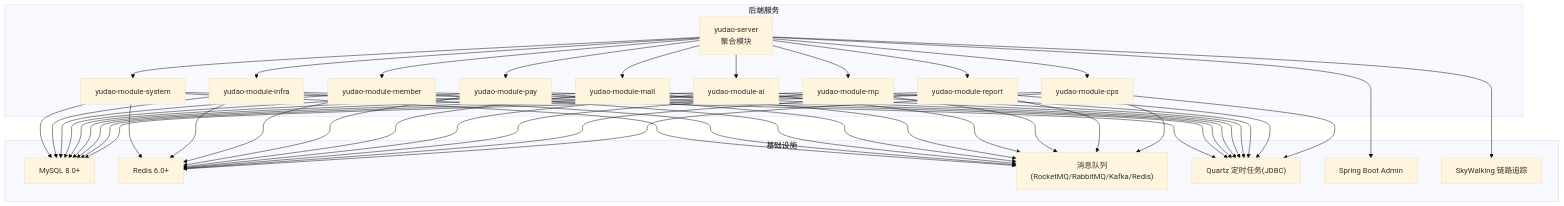
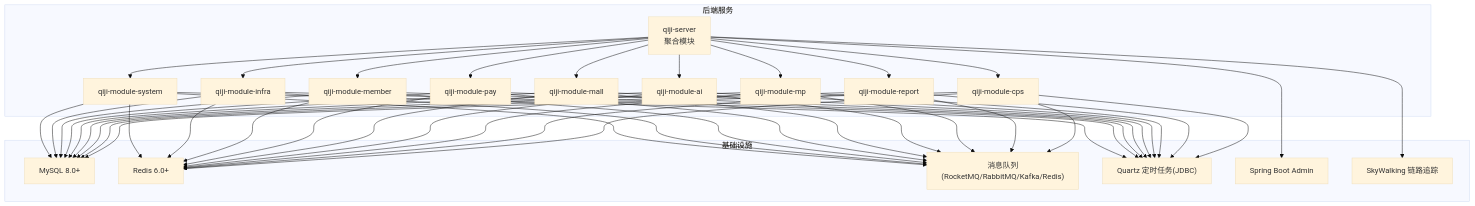
Before and after one commit to zhuangpengLI/AgenticCPS: the second of 3 diagrams in backend/.qoder/repowiki/zh/content/开发指南/开发环境搭建.md, drawn with Mermaid (base theme). The commit also changed other lines of this file and 3489 other files, not shown here.

````diff
--- a/backend/.qoder/repowiki/zh/content/开发指南/开发环境搭建.md
+++ b/backend/.qoder/repowiki/zh/content/开发指南/开发环境搭建.md
@@ -78,70 +78,70 @@
 ```mermaid
 graph TB
 subgraph "后端服务"
-S["yudao-server<br/>聚合模块"]
-M1["yudao-module-system"]
-M2["yudao-module-infra"]
-M3["yudao-module-member"]
-M4["yudao-module-pay"]
-M5["yudao-module-mall"]
-M6["yudao-module-ai"]
-M7["yudao-module-mp"]
-M8["yudao-module-report"]
-M9["yudao-module-cps"]
+S["qiji-server<br/>聚合模块"]
+M1["qiji-module-system"]
+M2["qiji-module-infra"]
+M3["qiji-module-member"]
+M4["qiji-module-pay"]
+M5["qiji-module-mall"]
+M6["qiji-module-ai"]
+M7["qiji-module-mp"]
+M8["qiji-module-report"]
+M9["qiji-module-cps"]
 end
 subgraph "基础设施"
 DB["MySQL 8.0+"]
 RD["Redis 6.0+"]
 MQ["消息队列(RocketMQ/RabbitMQ/Kafka/Redis)"]
 QT["Quartz 定时任务(JDBC)"]
 SW["Spring Boot Admin"]
 SK["SkyWalking 链路追踪"]
 end
 S --> M1
 S --> M2
 S --> M3
 S --> M4
 S --> M5
 S --> M6
 S --> M7
 S --> M8
 S --> M9
 M1 --> DB
 M2 --> DB
 M3 --> DB
 M4 --> DB
 M5 --> DB
 M6 --> DB
 M7 --> DB
 M8 --> DB
 M9 --> DB
 M1 --> RD
 M2 --> RD
 M3 --> RD
 M4 --> RD
 M5 --> RD
 M6 --> RD
 M7 --> RD
 M8 --> RD
 M9 --> RD
 M1 --> MQ
 M2 --> MQ
 M3 --> MQ
 M4 --> MQ
 M5 --> MQ
 M6 --> MQ
 M7 --> MQ
 M8 --> MQ
 M9 --> MQ
 M1 --> QT
 M2 --> QT
 M3 --> QT
 M4 --> QT
 M5 --> QT
 M6 --> QT
 M7 --> QT
 M8 --> QT
 M9 --> QT
 S --> SW
 S --> SK
 ```
````
